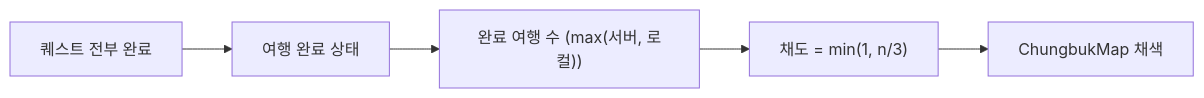
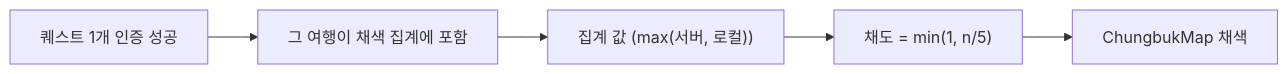
One commit to Rainbow-Developer/ColorTrip changed the diagram in docs/specs/055-journey-map-coloring/description.md. Above: the diagram before and after it, drawn with Mermaid. The commit also changed other lines of this file and 20 other files, not shown here.

````diff
--- a/docs/specs/055-journey-map-coloring/description.md
+++ b/docs/specs/055-journey-map-coloring/description.md
@@ -14,7 +16,7 @@
 ```mermaid
 flowchart LR
-    A[퀘스트 전부 완료] --> B[여행 완료 상태]
-    B --> C["완료 여행 수 (max(서버, 로컬))"]
-    C --> D["채도 = min(1, n/3)"]
+    A["퀘스트 1개 인증 성공"] --> B["그 여행이 채색 집계에 포함"]
+    B --> C["집계 값 (max(서버, 로컬))"]
+    C --> D["채도 = min(1, n/5)"]
     D --> E[ChungbukMap 채색]
 ```
````
